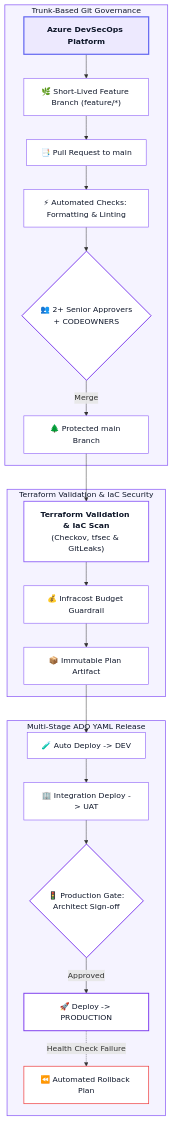
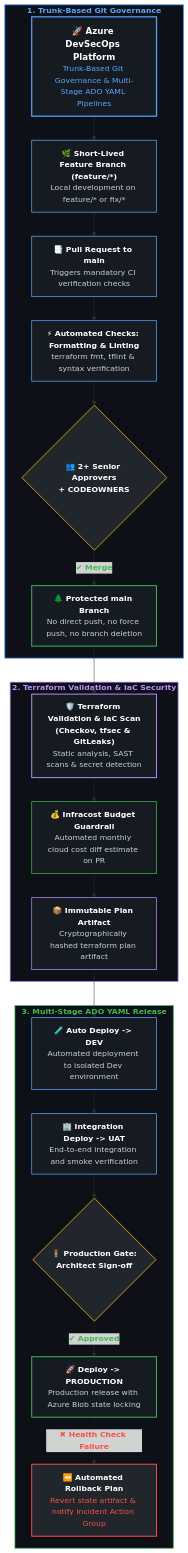
The third of 10 diagrams in README.md (Ankitasingh-singh/Ankitasingh-singh), drawn with Mermaid before and after one commit. The commit also changed other lines of this file, not shown here.

Commit message:
style: update mermaid diagram text and node styling for dark mode in README

````diff
--- a/README.md
+++ b/README.md
@@ -211,45 +211,45 @@
 ```mermaid
 flowchart TD
-    ADOPlatform["<b>Azure DevSecOps Platform</b>"]
+    ADOPlatform["<b><font color='#ffffff' size='+1'>🚀 Azure DevSecOps Platform</font></b><br/><font color='#58a6ff'>Trunk-Based Git Governance & Multi-Stage ADO YAML Pipelines</font>"]
 
-    subgraph GitStrategy["Trunk-Based Git Governance"]
-        ADOPlatform --> FB["🌿 Short-Lived Feature Branch (feature/*)"]
-        FB --> PR["📑 Pull Request to main"]
-        PR --> PRChecks["⚡ Automated Checks: Formatting & Linting"]
-        PRChecks --> Approvals{"👥 2+ Senior Approvers<br/>+ CODEOWNERS"}
-        Approvals -->|"Merge"| MainBranch["🌲 Protected main Branch"]
+    subgraph GitStrategy["<b><font color='#58a6ff'>1. Trunk-Based Git Governance</font></b>"]
+        ADOPlatform --> FB["<b><font color='#ffffff'>🌿 Short-Lived Feature Branch (feature/*)</font></b><br/><font color='#c9d1d9'>Local development on feature/* or fix/*</font>"]
+        FB --> PR["<b><font color='#ffffff'>📑 Pull Request to main</font></b><br/><font color='#c9d1d9'>Triggers mandatory CI verification checks</font>"]
+        PR --> PRChecks["<b><font color='#ffffff'>⚡ Automated Checks: Formatting & Linting</font></b><br/><font color='#c9d1d9'>terraform fmt, tflint & syntax verification</font>"]
+        PRChecks --> Approvals{"<b><font color='#ffffff'>👥 2+ Senior Approvers<br/>+ CODEOWNERS</font></b>"}
+        Approvals -->|"<font color='#3fb950'><b>✔ Merge</b></font>"| MainBranch["<b><font color='#ffffff'>🌲 Protected main Branch</font></b><br/><font color='#c9d1d9'>No direct push, no force push, no branch deletion</font>"]
     end
 
-    subgraph IaCPipeline["Terraform Validation & IaC Security"]
-        MainBranch --> IaCScan["<b>Terraform Validation & IaC Scan</b><br/>(Checkov, tfsec & GitLeaks)"]
-        IaCScan --> CostEst["💰 Infracost Budget Guardrail"]
-        CostEst --> StageArtifact["📦 Immutable Plan Artifact"]
+    subgraph IaCPipeline["<b><font color='#bc8cff'>2. Terraform Validation & IaC Security</font></b>"]
+        MainBranch --> IaCScan["<b><font color='#ffffff'>🛡️ Terraform Validation & IaC Scan<br/>(Checkov, tfsec & GitLeaks)</font></b><br/><font color='#c9d1d9'>Static analysis, SAST scans & secret detection</font>"]
+        IaCScan --> CostEst["<b><font color='#ffffff'>💰 Infracost Budget Guardrail</font></b><br/><font color='#c9d1d9'>Automated monthly cloud cost diff estimate on PR</font>"]
+        CostEst --> StageArtifact["<b><font color='#ffffff'>📦 Immutable Plan Artifact</font></b><br/><font color='#c9d1d9'>Cryptographically hashed terraform plan artifact</font>"]
     end
 
-    subgraph ADOPipeline["Multi-Stage ADO YAML Release"]
-        StageArtifact --> StageDev["🧪 Auto Deploy -> DEV"]
-        StageDev --> StageUAT["🏢 Integration Deploy -> UAT"]
-        StageUAT --> ProdGate{"🚦 Production Gate:<br/>Architect Sign-off"}
-        ProdGate -->|"Approved"| StageProd["🚀 Deploy -> PRODUCTION"]
-        StageProd -.->|"Health Check Failure"| Rollback["⏪ Automated Rollback Plan"]
+    subgraph ADOPipeline["<b><font color='#3fb950'>3. Multi-Stage ADO YAML Release</font></b>"]
+        StageArtifact --> StageDev["<b><font color='#ffffff'>🧪 Auto Deploy -> DEV</font></b><br/><font color='#c9d1d9'>Automated deployment to isolated Dev environment</font>"]
+        StageDev --> StageUAT["<b><font color='#ffffff'>🏢 Integration Deploy -> UAT</font></b><br/><font color='#c9d1d9'>End-to-end integration and smoke verification</font>"]
+        StageUAT --> ProdGate{"<b><font color='#ffffff'>🚦 Production Gate:<br/>Architect Sign-off</font></b>"}
+        ProdGate -->|"<font color='#3fb950'><b>✔ Approved</b></font>"| StageProd["<b><font color='#ffffff'>🚀 Deploy -> PRODUCTION</font></b><br/><font color='#c9d1d9'>Production release with Azure Blob state locking</font>"]
+        StageProd -.->|"<font color='#f85149'><b>✖ Health Check Failure</b></font>"| Rollback["<b><font color='#ffffff'>⏪ Automated Rollback Plan</font></b><br/><font color='#f85149'>Revert state artifact & notify Incident Action Group</font>"]
     end
 
-    style ADOPlatform fill:#ede9fe,stroke:#6366f1,stroke-width:2.5px,color:#0f172a
-    style GitStrategy fill:#f5f3ff,stroke:#8b5cf6,stroke-width:1.5px,color:#0f172a
-    style IaCPipeline fill:#f5f3ff,stroke:#8b5cf6,stroke-width:1.5px,color:#0f172a
-    style ADOPipeline fill:#f5f3ff,stroke:#8b5cf6,stroke-width:1.5px,color:#0f172a
+    style ADOPlatform fill:#161b22,stroke:#58a6ff,stroke-width:2.5px
+    style GitStrategy fill:#0d1117,stroke:#388bfd,stroke-width:1.5px
+    style IaCPipeline fill:#0d1117,stroke:#bc8cff,stroke-width:1.5px
+    style ADOPipeline fill:#0d1117,stroke:#3fb950,stroke-width:1.5px
 
-    style FB fill:#ffffff,stroke:#8b5cf6,stroke-width:1.2px,color:#0f172a
-    style PR fill:#ffffff,stroke:#8b5cf6,stroke-width:1.2px,color:#0f172a
-    style PRChecks fill:#ffffff,stroke:#8b5cf6,stroke-width:1.2px,color:#0f172a
-    style Approvals fill:#ffffff,stroke:#7c3aed,stroke-width:2px,color:#0f172a
-    style MainBranch fill:#ffffff,stroke:#8b5cf6,stroke-width:1.2px,color:#0f172a
-    style IaCScan fill:#ffffff,stroke:#8b5cf6,stroke-width:1.8px,color:#0f172a
-    style CostEst fill:#ffffff,stroke:#8b5cf6,stroke-width:1.2px,color:#0f172a
-    style StageArtifact fill:#ffffff,stroke:#8b5cf6,stroke-width:1.2px,color:#0f172a
-    style StageDev fill:#ffffff,stroke:#8b5cf6,stroke-width:1.2px,color:#0f172a
-    style StageUAT fill:#ffffff,stroke:#8b5cf6,stroke-width:1.2px,color:#0f172a
-    style ProdGate fill:#ffffff,stroke:#7c3aed,stroke-width:2px,color:#0f172a
-    style StageProd fill:#ffffff,stroke:#7c3aed,stroke-width:2px,color:#0f172a
-    style Rollback fill:#ffffff,stroke:#ef4444,stroke-width:1.5px,color:#0f172a
+    style FB fill:#161b22,stroke:#58a6ff,stroke-width:1.5px
+    style PR fill:#161b22,stroke:#58a6ff,stroke-width:1.5px
+    style PRChecks fill:#161b22,stroke:#58a6ff,stroke-width:1.5px
+    style Approvals fill:#21262d,stroke:#d29922,stroke-width:2px
+    style MainBranch fill:#161b22,stroke:#3fb950,stroke-width:2px
+    style IaCScan fill:#161b22,stroke:#bc8cff,stroke-width:2px
+    style CostEst fill:#161b22,stroke:#3fb950,stroke-width:1.5px
+    style StageArtifact fill:#161b22,stroke:#bc8cff,stroke-width:1.5px
+    style StageDev fill:#161b22,stroke:#58a6ff,stroke-width:1.5px
+    style StageUAT fill:#161b22,stroke:#58a6ff,stroke-width:1.5px
+    style ProdGate fill:#21262d,stroke:#d29922,stroke-width:2px
+    style StageProd fill:#161b22,stroke:#3fb950,stroke-width:2px
+    style Rollback fill:#21262d,stroke:#f85149,stroke-width:2px
 ```
````
